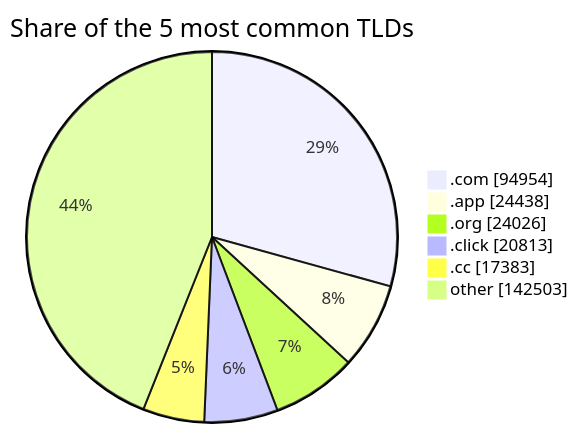
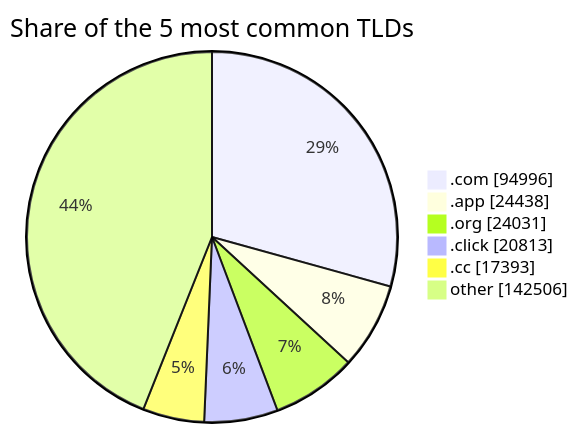
One commit to DNSBunker/CTI changed the third of 3 diagrams in README.md. Above: the diagram before and after it, drawn with Mermaid. The commit also changed other lines of this file and 4 other files, not shown here.

````diff
--- a/README.md
+++ b/README.md
@@ -81,9 +81,9 @@
 ```mermaid
 pie showData title Share of the 5 most common TLDs
-    ".com" : 94954
+    ".com" : 94996
     ".app" : 24438
-    ".org" : 24026
+    ".org" : 24031
     ".click" : 20813
-    ".cc" : 17383
-    "other" : 142503
+    ".cc" : 17393
+    "other" : 142506
 ```
````
